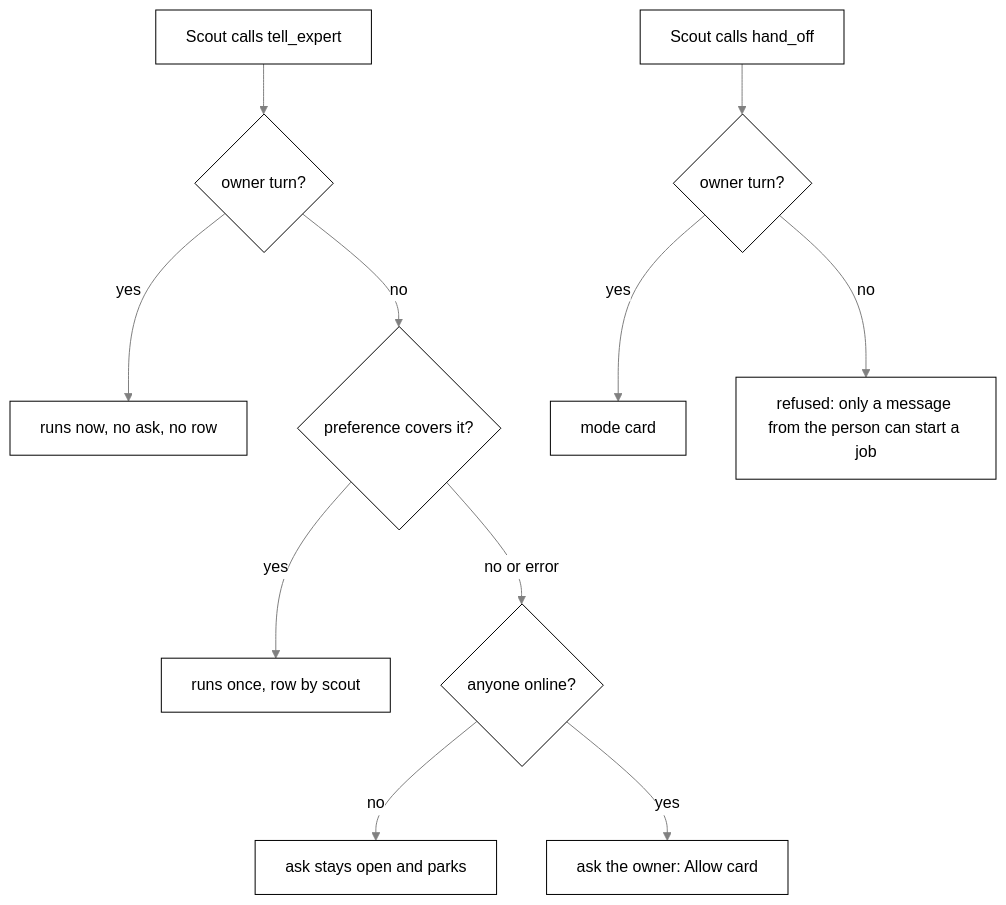
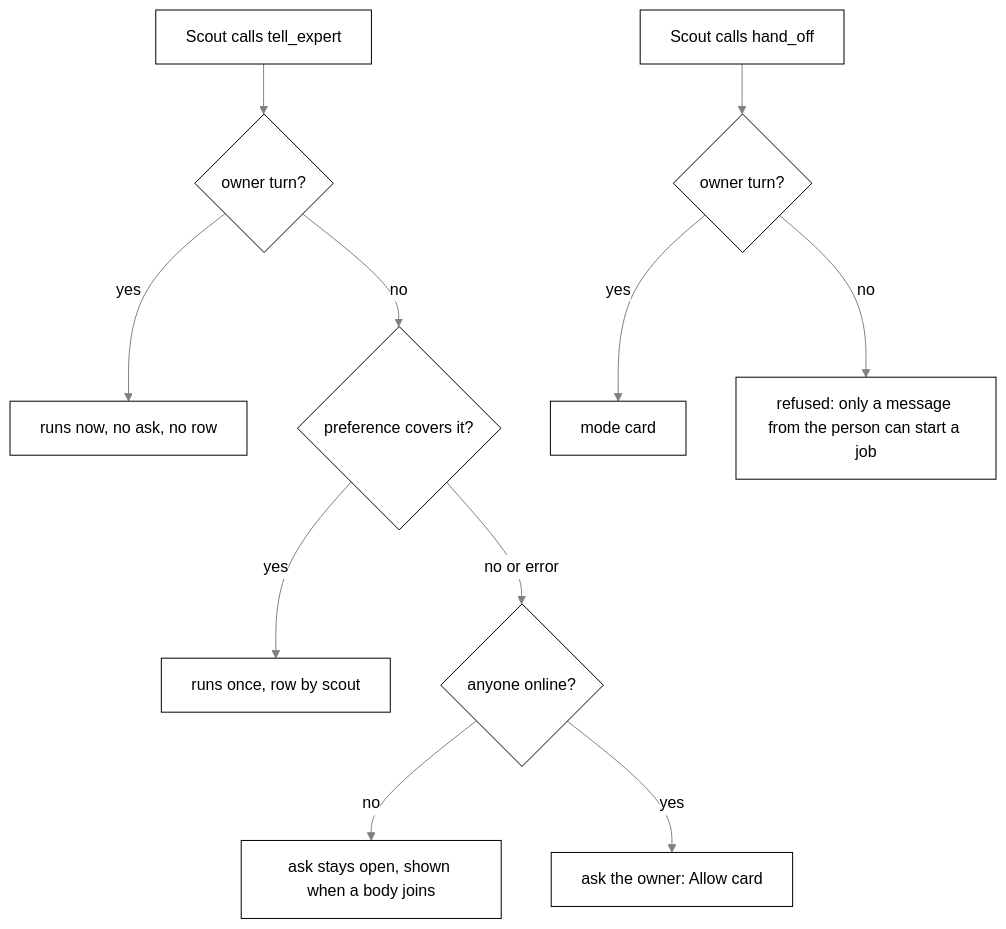
Before and after one commit to nadeem4/tagalong: the fifth of 14 diagrams in docs/brain.md, drawn with Mermaid. The commit also changed other lines of this file and 26 other files, not shown here.

````diff
--- a/docs/brain.md
+++ b/docs/brain.md
@@ -611,14 +611,14 @@
 ```mermaid
 %%{init: {"theme": "base", "themeVariables": {"primaryColor": "#ffffff", "primaryTextColor": "#000000", "primaryBorderColor": "#000000", "lineColor": "#808080", "arrowheadColor": "#808080", "secondaryColor": "#f2f2f2", "tertiaryColor": "#ffffff", "clusterBkg": "#f7f7f7", "clusterBorder": "#808080", "edgeLabelBackground": "#ffffff", "titleColor": "#808080", "actorBkg": "#ffffff", "actorBorder": "#000000", "actorTextColor": "#000000", "actorLineColor": "#808080", "signalColor": "#808080", "signalTextColor": "#808080", "sequenceNumberColor": "#ffffff", "labelBoxBkgColor": "#ffffff", "labelBoxBorderColor": "#808080", "labelTextColor": "#000000", "loopTextColor": "#808080", "noteBkgColor": "#f7f7f7", "noteBorderColor": "#808080", "noteTextColor": "#000000", "activationBkgColor": "#f7f7f7", "activationBorderColor": "#808080", "fontFamily": "Segoe UI, Helvetica, Arial, sans-serif"}}}%%
 flowchart TD
   A[Scout calls tell_expert] --> B{owner turn?}
   B -- yes --> C[runs now, no ask, no row]
   B -- no --> F{preference covers it?}
   F -- yes --> G[runs once, row by scout]
   F -- no or error --> D{anyone online?}
-  D -- no --> E[ask stays open and parks]
+  D -- no --> E[ask stays open, shown when a body joins]
   D -- yes --> H[ask the owner: Allow card]
   X[Scout calls hand_off] --> Y{owner turn?}
   Y -- yes --> Z[mode card]
   Y -- no --> R[refused: only a message from the person can start a job]
 ```
````
